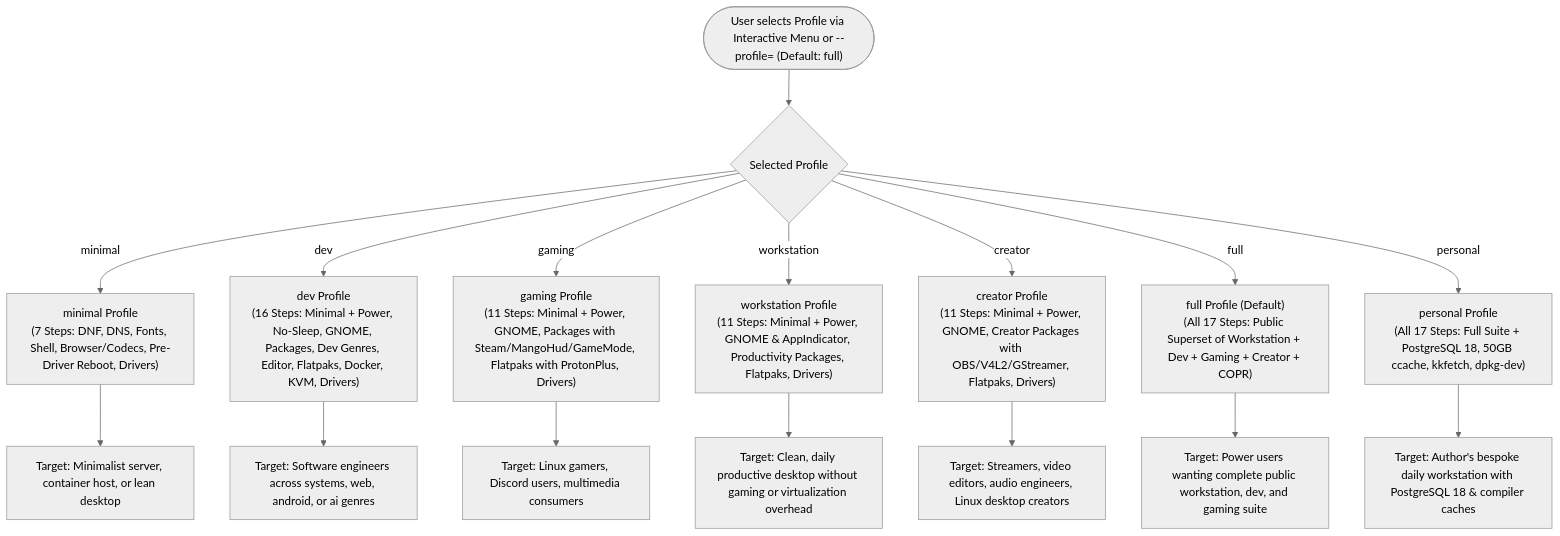
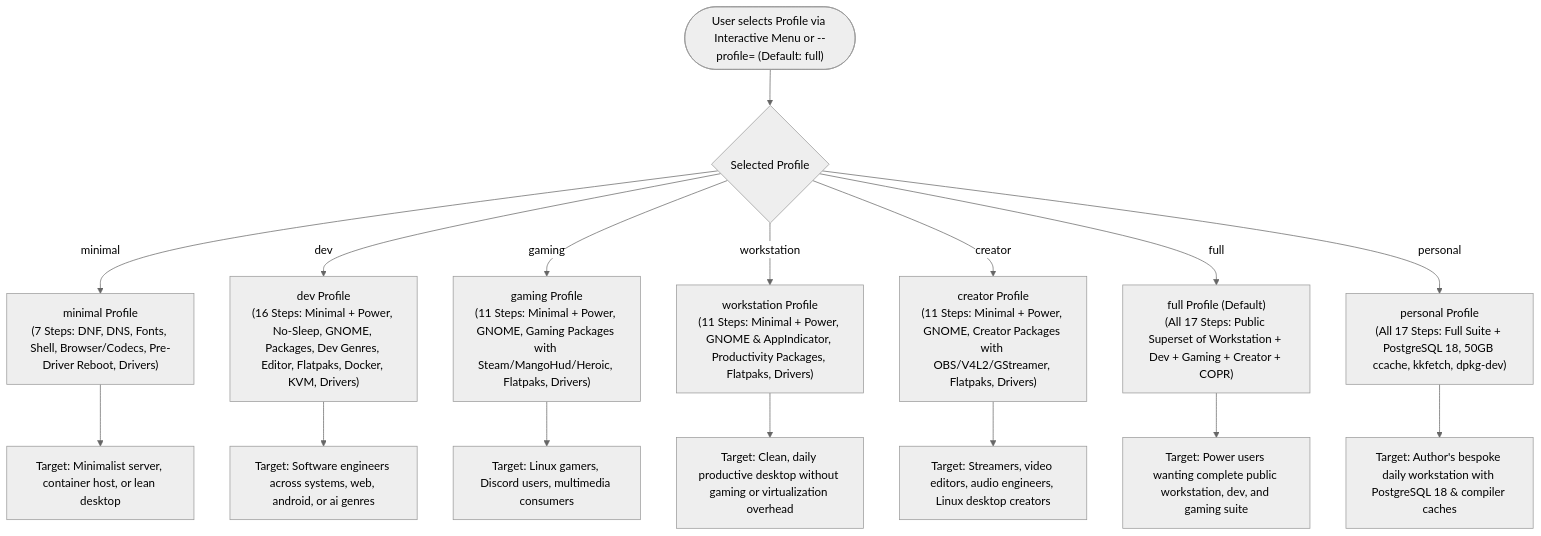
The second of 21 diagrams in PSEUDOCODE.md (Kk376/fedora-43-post-install), drawn with Mermaid (neutral theme) before and after one commit. The commit also changed other lines of this file and 4 other files, not shown here.

Commit message:
refactor(gaming): remove redundant ProtonPlus flatpak in favor of Heroic Wine Manager

````diff
--- a/PSEUDOCODE.md
+++ b/PSEUDOCODE.md
@@ -106,20 +106,20 @@
 ```mermaid
 flowchart TD
     UserSelect(["User selects Profile via Interactive Menu or --profile=<name> (Default: full)"]) --> SwitchProfile{Selected Profile}
 
     SwitchProfile -- minimal --> P_Min["minimal Profile<br/>(7 Steps: DNF, DNS, Fonts, Shell, Browser/Codecs, Pre-Driver Reboot, Drivers)"]
     SwitchProfile -- dev --> P_Dev["dev Profile<br/>(16 Steps: Minimal + Power, No-Sleep, GNOME, Packages, Dev Genres, Editor, Flatpaks, Docker, KVM, Drivers)"]
-    SwitchProfile -- gaming --> P_Gaming["gaming Profile<br/>(11 Steps: Minimal + Power, GNOME, Packages with Steam/MangoHud/GameMode, Flatpaks with ProtonPlus, Drivers)"]
+    SwitchProfile -- gaming --> P_Gaming["gaming Profile<br/>(11 Steps: Minimal + Power, GNOME, Gaming Packages with Steam/MangoHud/Heroic, Flatpaks, Drivers)"]
     SwitchProfile -- workstation --> P_Work["workstation Profile<br/>(11 Steps: Minimal + Power, GNOME & AppIndicator, Productivity Packages, Flatpaks, Drivers)"]
     SwitchProfile -- creator --> P_Creator["creator Profile<br/>(11 Steps: Minimal + Power, GNOME, Creator Packages with OBS/V4L2/GStreamer, Flatpaks, Drivers)"]
     SwitchProfile -- full --> P_Full["full Profile (Default)<br/>(All 17 Steps: Public Superset of Workstation + Dev + Gaming + Creator + COPR)"]
     SwitchProfile -- personal --> P_Personal["personal Profile<br/>(All 17 Steps: Full Suite + PostgreSQL 18, 50GB ccache, kkfetch, dpkg-dev)"]
 
     P_Min --> CoreOnly["Target: Minimalist server, container host, or lean desktop"]
     P_Dev --> DevOnly["Target: Software engineers across systems, web, android, or ai genres"]
     P_Gaming --> GameOnly["Target: Linux gamers, Discord users, multimedia consumers"]
     P_Work --> WorkOnly["Target: Clean, daily productive desktop without gaming or virtualization overhead"]
     P_Creator --> CreatorOnly["Target: Streamers, video editors, audio engineers, Linux desktop creators"]
     P_Full --> FullOnly["Target: Power users wanting complete public workstation, dev, and gaming suite"]
     P_Personal --> PersonalOnly["Target: Author's bespoke daily workstation with PostgreSQL 18 & compiler caches"]
 ```
````
